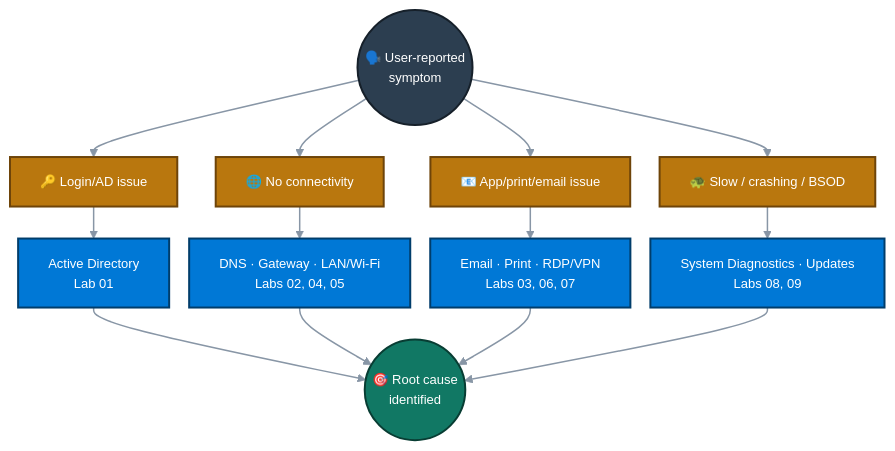
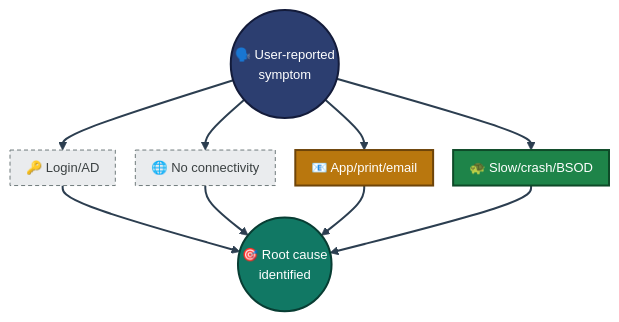
Before and after one commit to malaika-azhar/Cisco-Networking-Lab-Portfolio: the fifth of 6 diagrams in README.md, drawn with Mermaid. The commit also changed other lines of this file, not shown here.

````diff
--- a/README.md
+++ b/README.md
@@ -164,22 +179,16 @@
 ```mermaid
-%%{init: {'theme': 'base', 'themeVariables': {'fontSize': '13px'}, 'flowchart': {'nodeSpacing': 20, 'rankSpacing': 32}}}%%
+%%{init: {'theme': 'base', 'themeVariables': {'fontSize': '13px'}, 'flowchart': {'nodeSpacing': 20, 'rankSpacing': 32, 'padding': 8}}}%%
 flowchart TB
-    SYMPTOM(("🗣️ User-reported<br/>symptom")):::top
-    SYMPTOM --> LOGIN["🔑 Login/AD issue"]:::branch
-    SYMPTOM --> NET["🌐 No connectivity"]:::branch
-    SYMPTOM --> APP["📧 App/print/email issue"]:::branch
-    SYMPTOM --> SLOW["🐢 Slow / crashing / BSOD"]:::branch
-
-    LOGIN --> T1["Active Directory<br/>Lab 01"]:::tool
-    NET --> T2["DNS · Gateway · LAN/Wi-Fi<br/>Labs 02, 04, 05"]:::tool
-    APP --> T3["Email · Print · RDP/VPN<br/>Labs 03, 06, 07"]:::tool
-    SLOW --> T4["System Diagnostics · Updates<br/>Labs 08, 09"]:::tool
-
-    T1 & T2 & T3 & T4 --> ROOT(("🎯 Root cause<br/>identified")):::bottom
-
-    classDef top fill:#2C3E50,stroke:#16202A,stroke-width:2px,color:#FFFFFF
-    classDef branch fill:#B9770E,stroke:#6E4409,stroke-width:2px,color:#FFFFFF
-    classDef tool fill:#0078D6,stroke:#003D6B,stroke-width:2px,color:#FFFFFF
-    classDef bottom fill:#117864,stroke:#083D33,stroke-width:2px,color:#FFFFFF
-    linkStyle default stroke:#8896A6,stroke-width:1.5px
+    SYMPTOM(("🗣️ User-reported<br/>symptom")):::start
+    SYMPTOM --> LOGIN["🔑 Login/AD"]:::unseen
+    SYMPTOM --> NET["🌐 No connectivity"]:::unseen
+    SYMPTOM --> APP["📧 App/print/email"]:::mixed
+    SYMPTOM --> SLOW["🐢 Slow/crash/BSOD"]:::seen
+    LOGIN & NET & APP & SLOW --> ROOT(("🎯 Root cause<br/>identified")):::good
+    classDef start fill:#2C3E70,stroke:#131B3A,stroke-width:2px,color:#FFFFFF
+    classDef seen fill:#1E8449,stroke:#0E4A28,stroke-width:2px,color:#FFFFFF
+    classDef mixed fill:#B9770E,stroke:#6E4409,stroke-width:2px,color:#FFFFFF
+    classDef unseen fill:#EAECEE,stroke:#707B7C,color:#3B4142,stroke-dasharray: 4 3
+    classDef good fill:#117864,stroke:#083D33,stroke-width:2px,color:#FFFFFF
+    linkStyle default stroke:#2C3E50,stroke-width:2px
 ```
````
